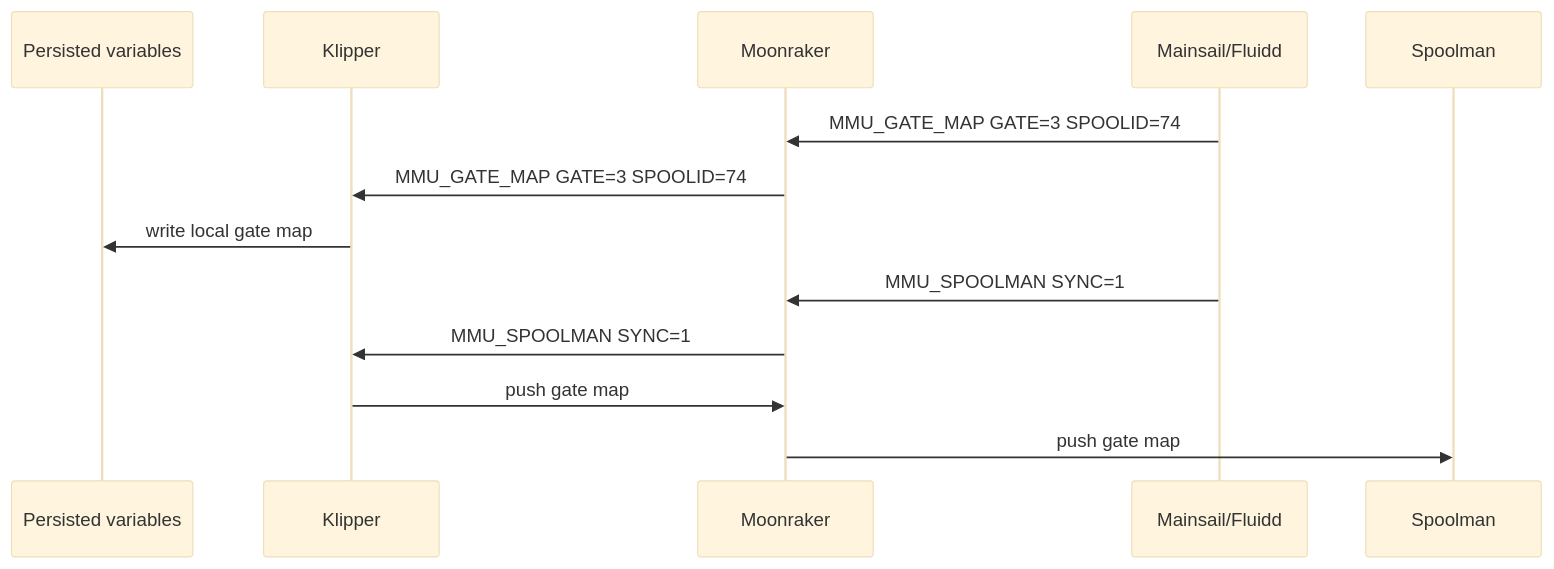
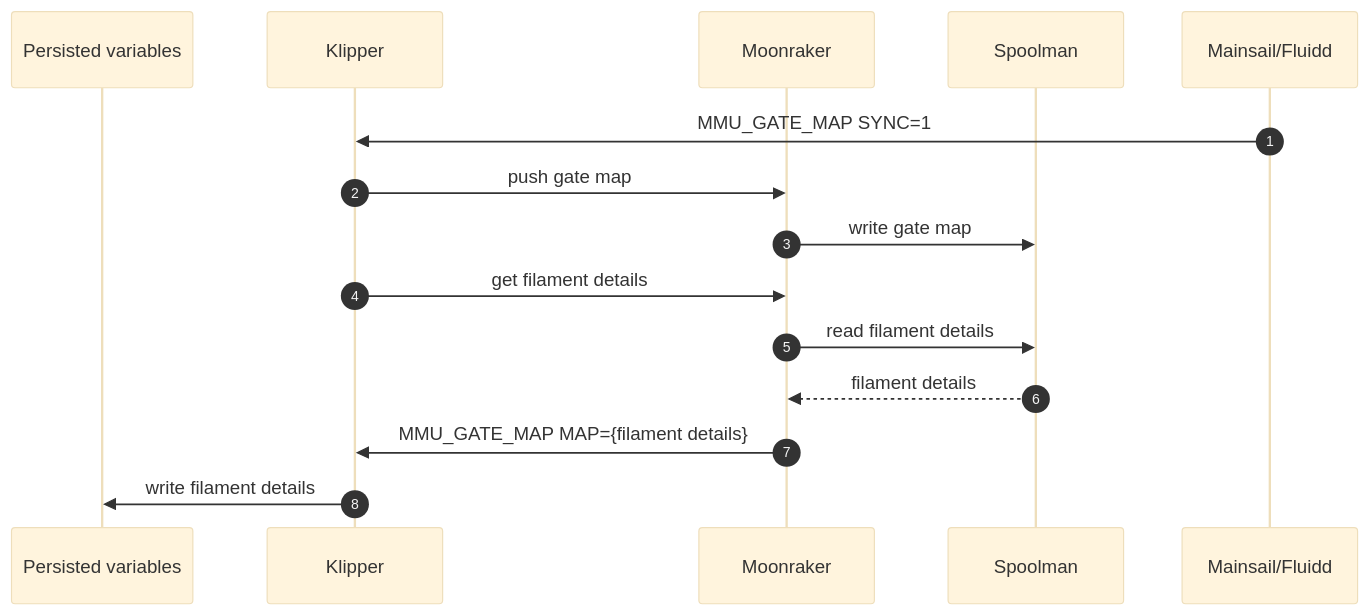
The third of 6 diagrams in Spoolman-Support.md (3DCoded/Happy-Hare), drawn with Mermaid (base theme) before and after one commit. The commit also changed other lines of this file, not shown here.

Commit message:
updated sequence diagrams

````diff
--- a/Spoolman-Support.md
+++ b/Spoolman-Support.md
@@ -88,16 +110,19 @@
 ```mermaid
 sequenceDiagram
+    autonumber
     participant L as Persisted variables
     participant K as Klipper
     participant M as Moonraker
+    participant S as Spoolman
     participant MF as Mainsail/Fluidd
-    participant S as Spoolman
 
-    MF->>M: MMU_GATE_MAP GATE=3 SPOOLID=74
-    M->>K: MMU_GATE_MAP GATE=3 SPOOLID=74
-    K->>L: write local gate map
-    MF->>M: MMU_SPOOLMAN SYNC=1
-    M->>K: MMU_SPOOLMAN SYNC=1
+    MF->>K: MMU_GATE_MAP SYNC=1
     K->>M: push gate map
-    M->>S: push gate map
+    M->>S: write gate map
+
+    K->>M: get filament details
+    M->>S: read filament details
+    S-->>M: filament details
+    M->>K: MMU_GATE_MAP MAP={filament details}
+    K->>L: write filament details
 ```
````
